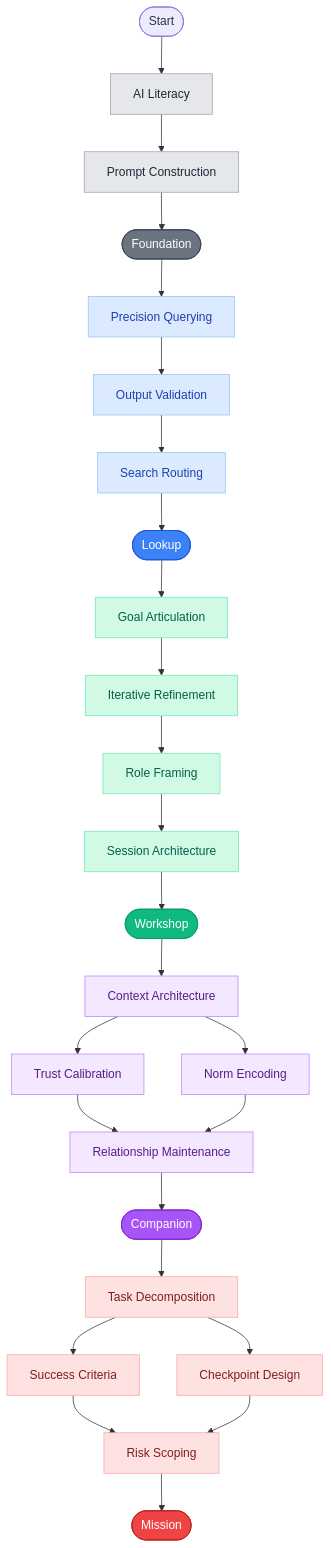
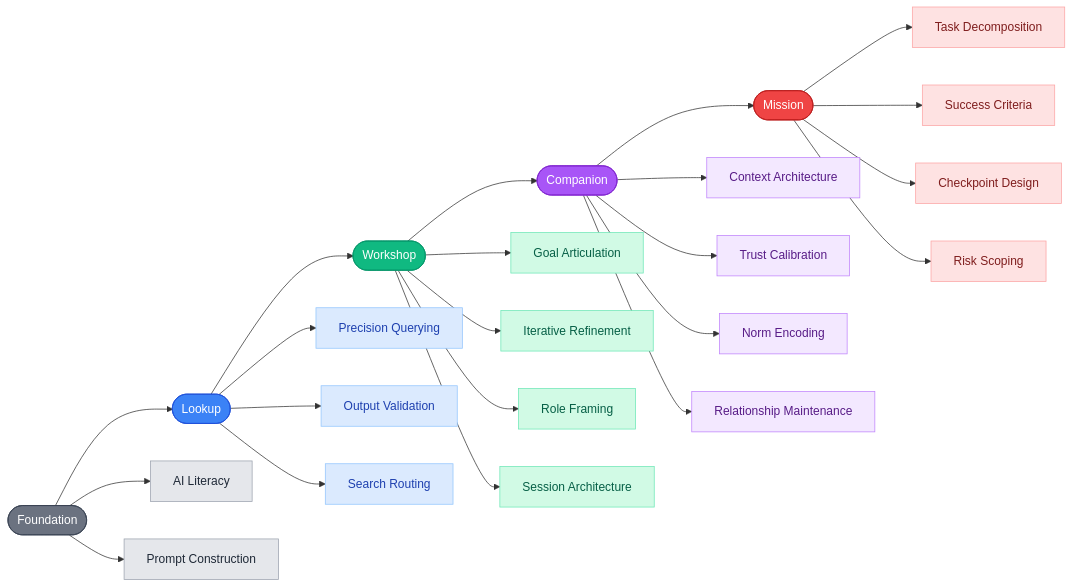
The diagram in content/posts/ai-collaboration-skill-tree.md (heichblatt/heichblatt.github.io), drawn with Mermaid before and after one commit.

Commit message:
Restructure diagram: mode spine with skills spiking out
Modes form a horizontal progression chain; skills branch
perpendicularly from their mode node.

https://claude.ai/code/session_01EQh36T6ADDpiw64icHBoJM

````diff
--- a/content/posts/ai-collaboration-skill-tree.md
+++ b/content/posts/ai-collaboration-skill-tree.md
@@ -17,52 +17,28 @@
 ```mermaid
-graph TD
-    START(["Start"])
+graph LR
+    F_MODE(["Foundation"]):::foundation_mode --> L_MODE(["Lookup"]):::lookup_mode --> W_MODE(["Workshop"]):::workshop_mode --> C_MODE(["Companion"]):::companion_mode --> M_MODE(["Mission"]):::mission_mode
 
-    F1[AI Literacy] --> F2[Prompt Construction]
-    F2 --> F_MODE(["Foundation"]):::foundation_mode
-
-    L1[Precision Querying] --> L2[Output Validation]
-    L2 --> L3[Search Routing]
-    L3 --> L_MODE(["Lookup"]):::lookup_mode
-
-    W1[Goal Articulation] --> W2[Iterative Refinement]
-    W2 --> W3[Role Framing]
-    W3 --> W4[Session Architecture]
-    W4 --> W_MODE(["Workshop"]):::workshop_mode
-
-    C1[Context Architecture] --> C2[Trust Calibration]
-    C1 --> C3[Norm Encoding]
-    C2 --> C4[Relationship Maintenance]
-    C3 --> C4
-    C4 --> C_MODE(["Companion"]):::companion_mode
-
-    M1[Task Decomposition] --> M2[Success Criteria]
-    M1 --> M3[Checkpoint Design]
-    M2 --> M4[Risk Scoping]
-    M3 --> M4
-    M4 --> M_MODE(["Mission"]):::mission_mode
-
-    START --> F1
-    F_MODE --> L1
-    L_MODE --> W1
-    W_MODE --> C1
-    C_MODE --> M1
+    F_MODE --> F1[AI Literacy] & F2[Prompt Construction]
+    L_MODE --> L1[Precision Querying] & L2[Output Validation] & L3[Search Routing]
+    W_MODE --> W1[Goal Articulation] & W2[Iterative Refinement] & W3[Role Framing] & W4[Session Architecture]
+    C_MODE --> C1[Context Architecture] & C2[Trust Calibration] & C3[Norm Encoding] & C4[Relationship Maintenance]
+    M_MODE --> M1[Task Decomposition] & M2[Success Criteria] & M3[Checkpoint Design] & M4[Risk Scoping]
 
     classDef foundation fill:#e5e7eb,color:#1f2937,stroke:#9ca3af
     classDef lookup fill:#dbeafe,color:#1e40af,stroke:#93c5fd
     classDef workshop fill:#d1fae5,color:#065f46,stroke:#6ee7b7
     classDef companion fill:#f3e8ff,color:#581c87,stroke:#c084fc
     classDef mission fill:#fee2e2,color:#7f1d1d,stroke:#fca5a5
 
     classDef foundation_mode fill:#6b7280,color:#fff,stroke:#374151
     classDef lookup_mode fill:#3b82f6,color:#fff,stroke:#1d4ed8
     classDef workshop_mode fill:#10b981,color:#fff,stroke:#059669
     classDef companion_mode fill:#a855f7,color:#fff,stroke:#7e22ce
     classDef mission_mode fill:#ef4444,color:#fff,stroke:#b91c1c
 
     class F1,F2 foundation
     class L1,L2,L3 lookup
     class W1,W2,W3,W4 workshop
     class C1,C2,C3,C4 companion
     class M1,M2,M3,M4 mission
 ```
````
